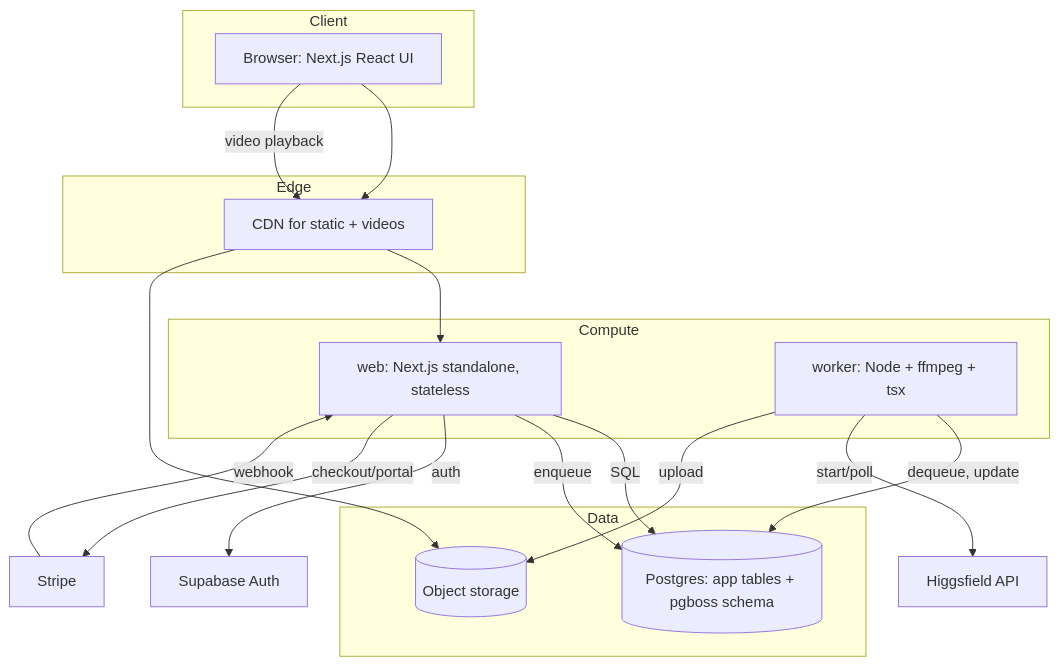
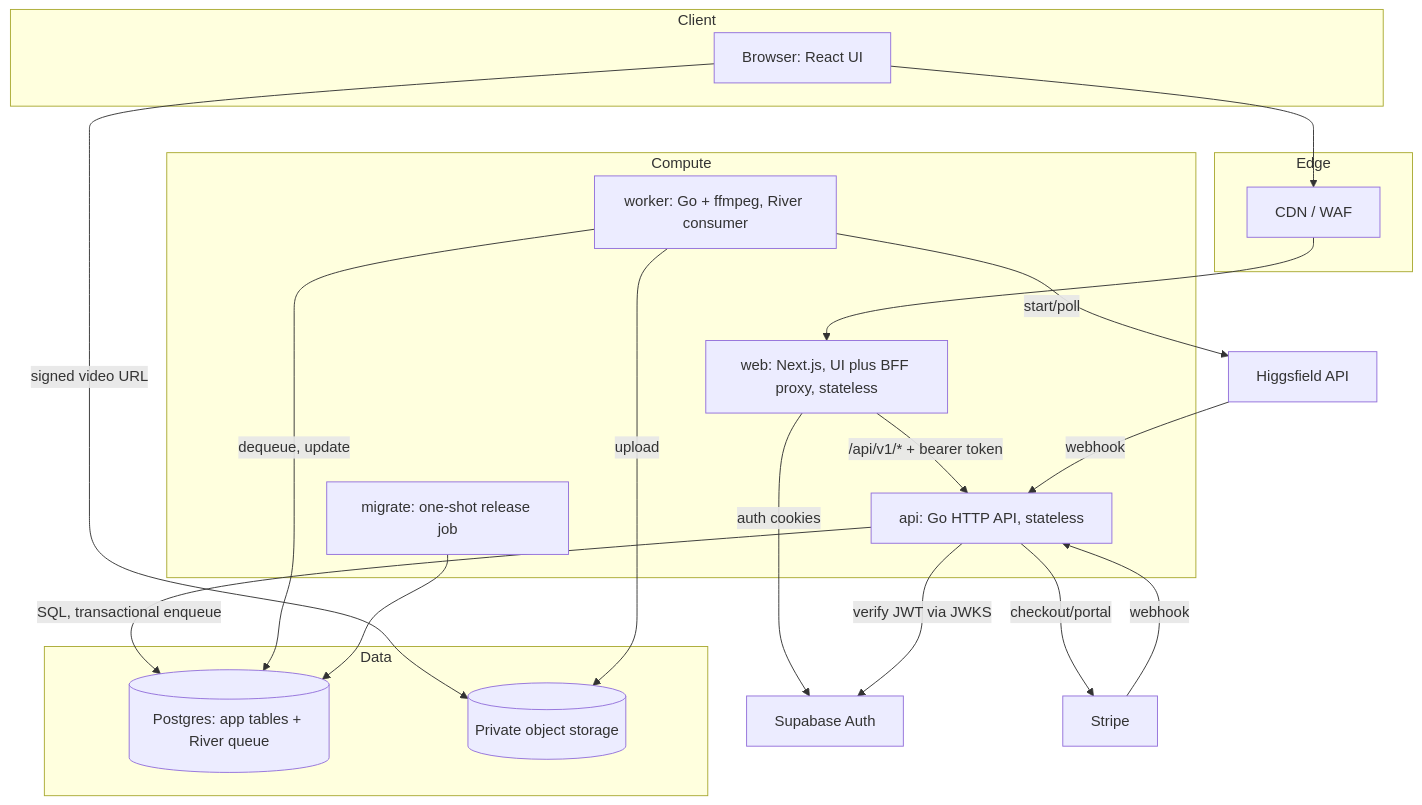
The second of 5 diagrams in docs/architecture/02-system-architecture.md (mbhat24/ugc-ad-generator), drawn with Mermaid before and after one commit. The commit also changed other lines of this file and 152 other files, not shown here.

First line of the commit message:
Standalone Go backend (API, worker, migrate) with River queue; Next.js reduced to UI + BFF

````diff
--- a/docs/architecture/02-system-architecture.md
+++ b/docs/architecture/02-system-architecture.md
@@ -23,27 +23,32 @@
 ```mermaid
 flowchart TB
   subgraph Client
-    br[Browser: Next.js React UI]
+    br[Browser: React UI]
   end
   subgraph Edge
-    cdn[CDN for static + videos]
+    cdn[CDN / WAF]
   end
   subgraph Compute
-    web[web: Next.js standalone, stateless]
-    worker[worker: Node + ffmpeg + tsx]
+    web[web: Next.js, UI plus BFF proxy, stateless]
+    api[api: Go HTTP API, stateless]
+    worker[worker: Go + ffmpeg, River consumer]
+    mig[migrate: one-shot release job]
   end
   subgraph Data
-    pg[(Postgres: app tables + pgboss schema)]
-    obj[(Object storage)]
+    pg[(Postgres: app tables + River queue)]
+    obj[(Private object storage)]
   end
   br --> cdn --> web
-  br -->|video playback| cdn --> obj
-  web -->|SQL| pg
-  web -->|enqueue| pg
+  web -->|"/api/v1/* + bearer token"| api
+  br -->|signed video URL| obj
+  api -->|SQL, transactional enqueue| pg
   worker -->|dequeue, update| pg
   worker -->|start/poll| hf[Higgsfield API]
   worker -->|upload| obj
-  web -->|auth| supa[Supabase Auth]
-  web -->|checkout/portal| stripe[Stripe]
-  stripe -->|webhook| web
+  mig --> pg
+  web -->|auth cookies| supa[Supabase Auth]
+  api -->|verify JWT via JWKS| supa
+  api -->|checkout/portal| stripe[Stripe]
+  stripe -->|webhook| api
+  hf -->|webhook| api
 ```
````
